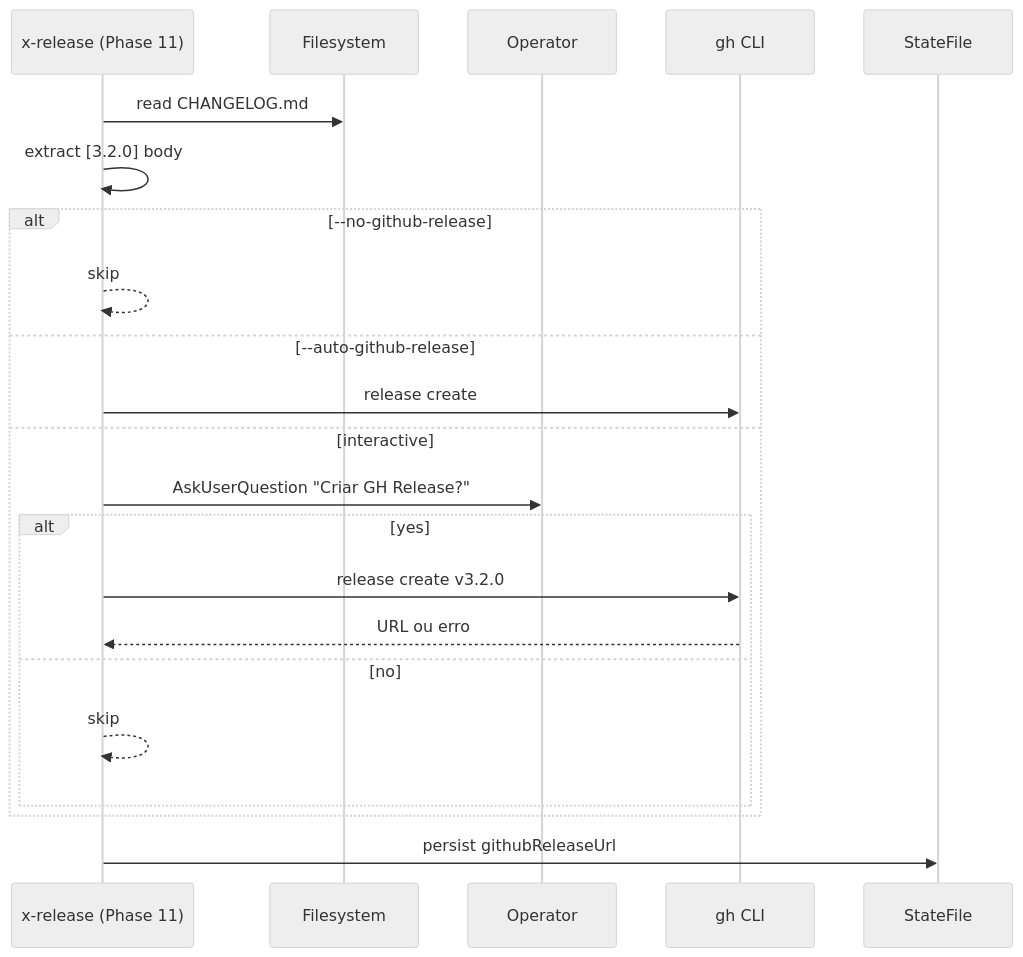
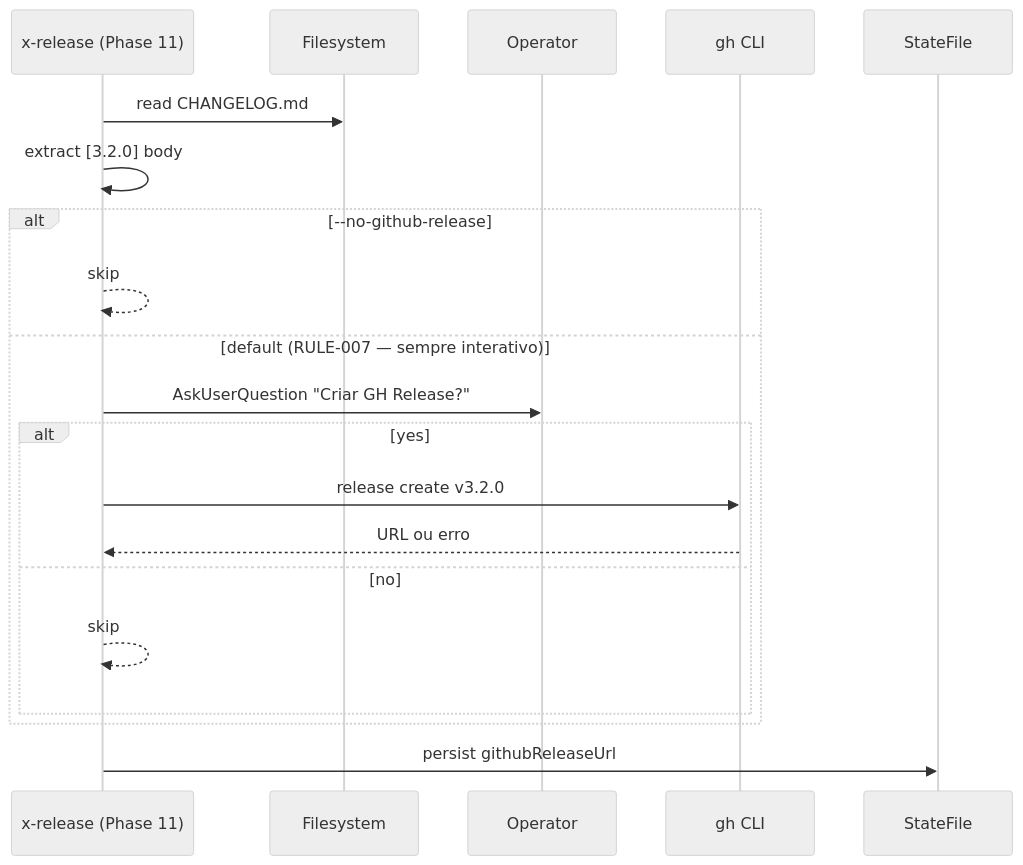
Before and after one commit to edercnj/ia-dev-environment: the diagram in plans/epic-0039/story-0039-0006.md, drawn with Mermaid (neutral theme). The commit also changed other lines of this file and 6 other files, not shown here.

````diff
--- a/plans/epic-0039/story-0039-0006.md
+++ b/plans/epic-0039/story-0039-0006.md
@@ -96,25 +94,23 @@
 ```mermaid
 sequenceDiagram
     participant Skill as x-release (Phase 11)
     participant FS as Filesystem
     participant Op as Operator
     participant Gh as gh CLI
     participant State as StateFile
 
     Skill->>FS: read CHANGELOG.md
     Skill->>Skill: extract [3.2.0] body
     alt --no-github-release
         Skill-->>Skill: skip
-    else --auto-github-release
-        Skill->>Gh: release create
-    else interactive
+    else default (RULE-007 — sempre interativo)
         Skill->>Op: AskUserQuestion "Criar GH Release?"
         alt yes
             Skill->>Gh: release create v3.2.0
             Gh-->>Skill: URL ou erro
         else no
             Skill-->>Skill: skip
         end
     end
     Skill->>State: persist githubReleaseUrl
 ```
````
